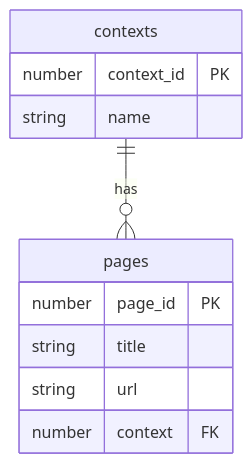
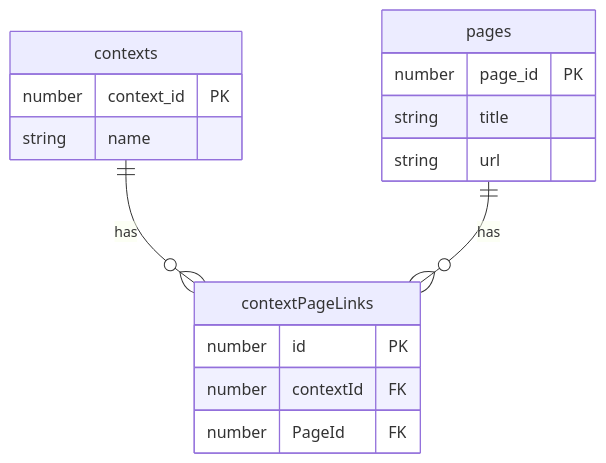
One commit to DawidSac24/ContentManager changed the diagram in README.md. Above: the diagram before and after it, drawn with Mermaid. The commit also changed other lines of this file and 15 other files, not shown here.

````diff
--- a/README.md
+++ b/README.md
@@ -81,16 +81,22 @@
 ```mermaid
 erDiagram
     contexts {
         number context_id PK
-        string name 
+        string name
+    }
+
+    contextPageLinks {
+        number id PK
+        number contextId FK
+        number PageId FK
     }
 
     pages {
         number page_id PK
         string title
         string url
-        number context FK
     }
 
-    contexts ||--o{ pages : has
+    contexts ||--o{ contextPageLinks : has
+    pages ||--o{ contextPageLinks : has
 ```
````
